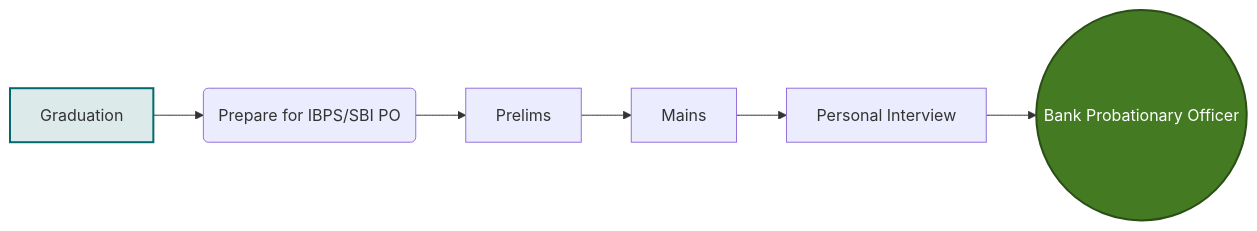
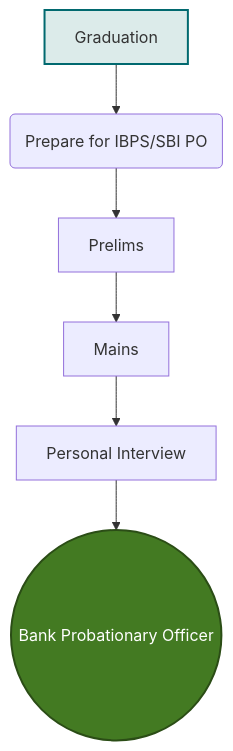
The third of 3 diagrams in curriculum-app/src/content/lessons/ug/bcom/sem5/week17.md (the-career-breweries/softskills_studio), drawn with Mermaid before and after one commit. The commit also changed other lines of this file and 1 other file, not shown here.

Commit message:
fix: re-enable mermaid htmlLabels to support line breaks and prevent SVG text clipping, and split roadmap node text across multiple lines as requested

````diff
--- a/curriculum-app/src/content/lessons/ug/bcom/sem5/week17.md
+++ b/curriculum-app/src/content/lessons/ug/bcom/sem5/week17.md
@@ -71,11 +71,11 @@
 ```mermaid
-flowchart LR
+flowchart TD
     A[Graduation] --> B(Prepare for IBPS/SBI PO)
     B --> C[Prelims]
     C --> D[Mains]
     D --> E[Personal Interview]
     E --> F((Bank Probationary Officer))
     
     style A fill:#dcebea,stroke:#01696f,stroke-width:2px
     style F fill:#437a22,stroke:#2b4d16,stroke-width:2px,color:#fff
 ```
````
